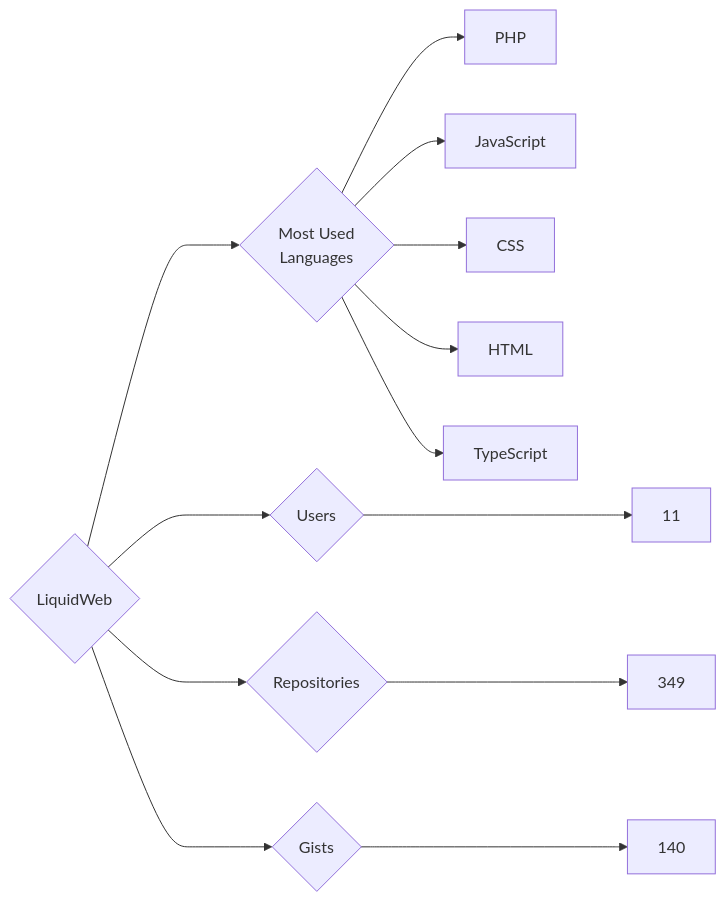
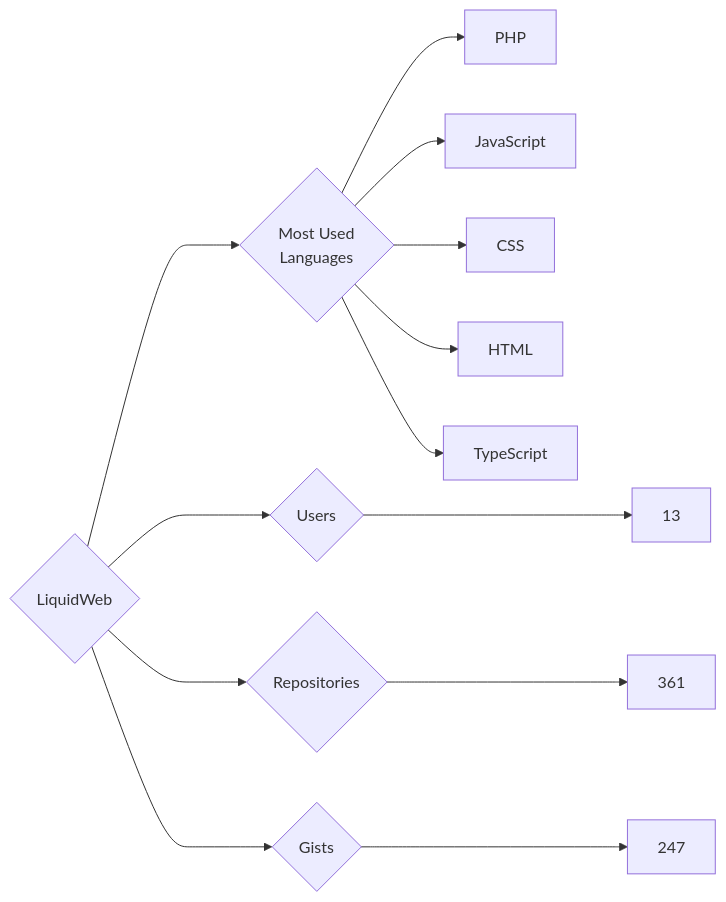
One commit to trickest/insiders changed the diagram in targets/LiquidWeb/README.md. Above: the diagram before and after it, drawn with Mermaid. The commit also changed 872 other files, not shown here.

````diff
--- a/targets/LiquidWeb/README.md
+++ b/targets/LiquidWeb/README.md
@@ -3,13 +3,13 @@
 ```mermaid
 graph LR
 COMPANY_NAME{LiquidWeb}
-COMPANY_NAME ---> U{Users} ---> UN[11]
-COMPANY_NAME ---> R{Repositories} ---> RN[349]
-COMPANY_NAME ---> G{Gists} ---> GN[140]
+COMPANY_NAME ---> U{Users} ---> UN[13]
+COMPANY_NAME ---> R{Repositories} ---> RN[361]
+COMPANY_NAME ---> G{Gists} ---> GN[247]
 COMPANY_NAME ---> ML{Most Used<br>Languages}
 ML --> PHP[PHP]
 ML --> JavaScript[JavaScript]
 ML --> CSS[CSS]
 ML --> HTML[HTML]
 ML --> TypeScript[TypeScript]
 ```
````
